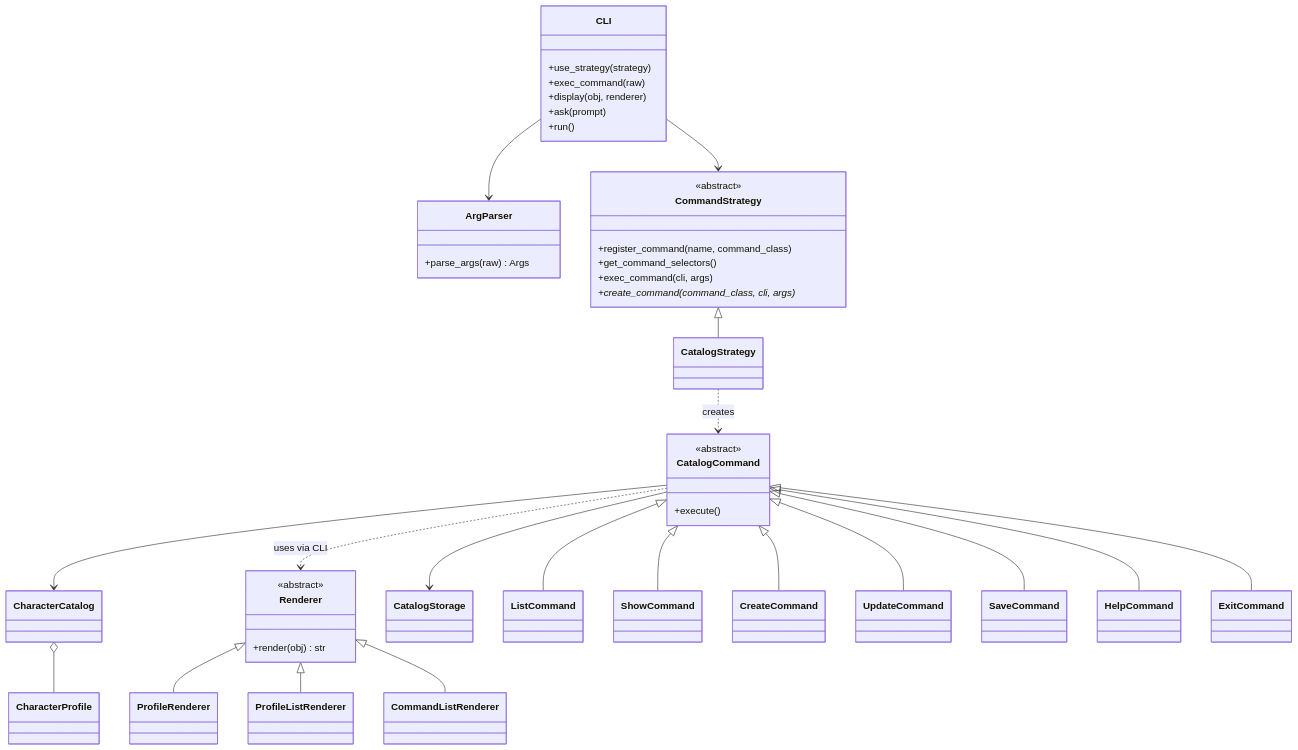
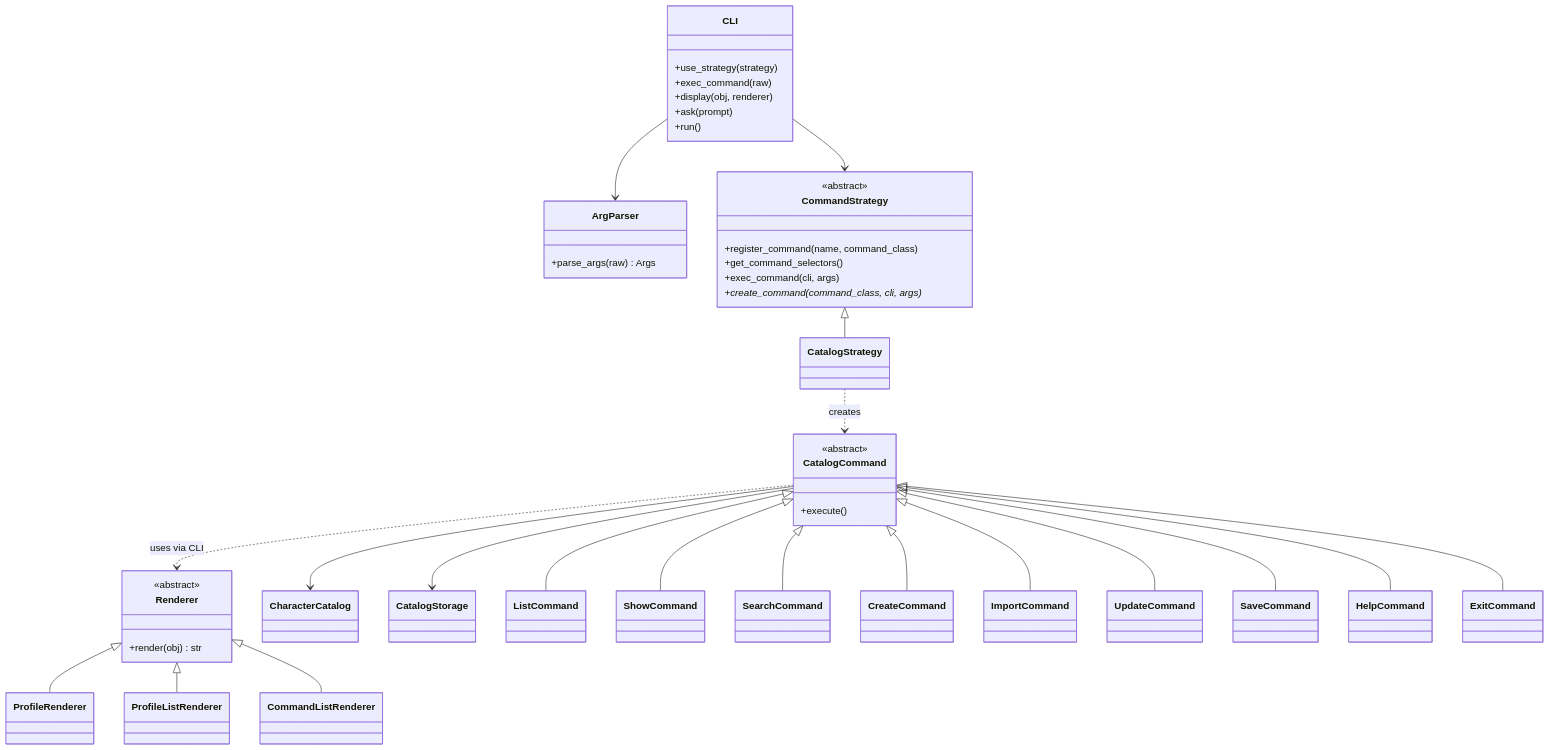
One commit to doravoitenko/character-catalog changed the first of 3 diagrams in docs/DESIGN.md. Above: the diagram before and after it, drawn with Mermaid. The commit also changed other lines of this file and 15 other files, not shown here.

Commit message:
Add API parser, search and filters, import

````diff
--- a/docs/DESIGN.md
+++ b/docs/DESIGN.md
@@ -102,51 +113,51 @@
 ```mermaid
 classDiagram
     class CLI {
         +use_strategy(strategy)
         +exec_command(raw)
         +display(obj, renderer)
         +ask(prompt)
         +run()
     }
     class ArgParser {
         +parse_args(raw) Args
     }
     class CommandStrategy {
         <<abstract>>
         +register_command(name, command_class)
         +get_command_selectors()
         +exec_command(cli, args)
         +create_command(command_class, cli, args)*
     }
     class CatalogStrategy
     class CatalogCommand {
         <<abstract>>
         +execute()
     }
     class Renderer {
         <<abstract>>
         +render(obj) str
     }
     class CharacterCatalog
-    class CharacterProfile
     class CatalogStorage
 
     CLI --> ArgParser
     CLI --> CommandStrategy
     CommandStrategy <|-- CatalogStrategy
     CatalogStrategy ..> CatalogCommand : creates
     CatalogCommand <|-- ListCommand
     CatalogCommand <|-- ShowCommand
+    CatalogCommand <|-- SearchCommand
     CatalogCommand <|-- CreateCommand
+    CatalogCommand <|-- ImportCommand
     CatalogCommand <|-- UpdateCommand
     CatalogCommand <|-- SaveCommand
     CatalogCommand <|-- HelpCommand
     CatalogCommand <|-- ExitCommand
     CatalogCommand --> CharacterCatalog
     CatalogCommand --> CatalogStorage
     CatalogCommand ..> Renderer : uses via CLI
     Renderer <|-- ProfileRenderer
     Renderer <|-- ProfileListRenderer
     Renderer <|-- CommandListRenderer
-    CharacterCatalog o-- CharacterProfile
 ```
````
